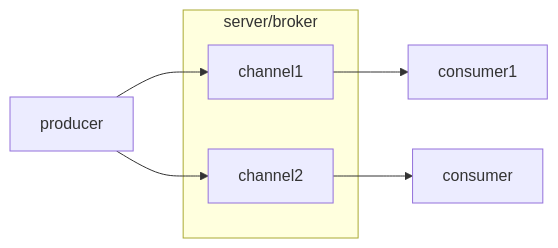
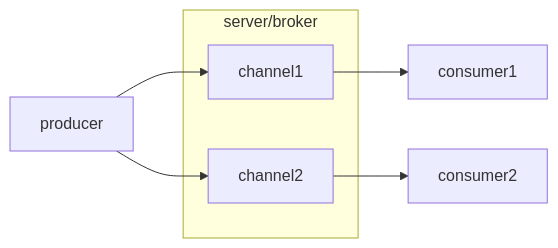
Before and after one commit to asyncapi/website: the diagram in pages/docs/concepts/server.md, drawn with Mermaid.

````diff
--- a/pages/docs/concepts/server.md
+++ b/pages/docs/concepts/server.md
@@ -10,12 +10,12 @@
 ```mermaid
 flowchart LR
     A[producer]
     A --> a1[channel1]
     A --> a2[channel2]
     subgraph one[server/broker]
     a1
     a2
     end
     a1 --> B[consumer1]
-    a2 --> C[consumer]
+    a2 --> C[consumer2]
 ```
````
